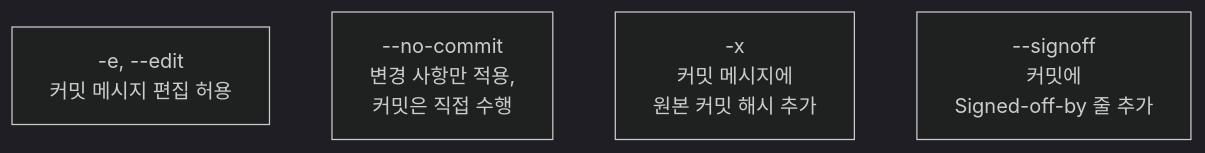
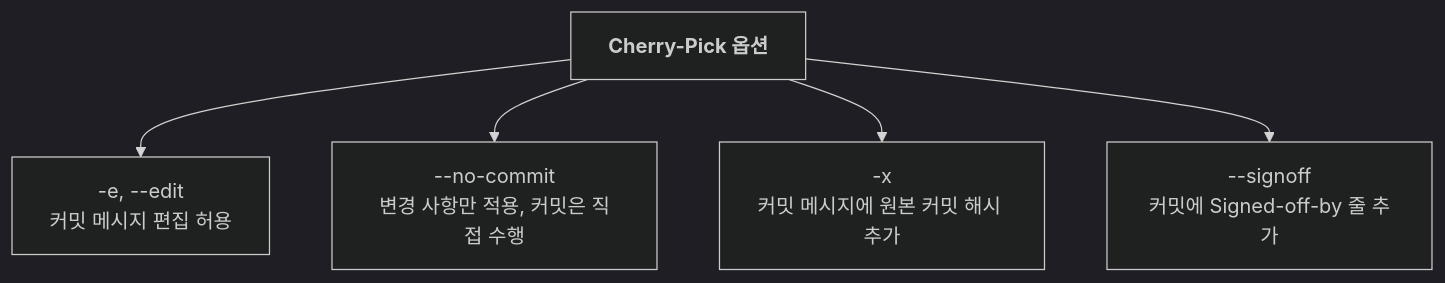
The third of 3 diagrams in 04_Branching_Merging/05_Cherry_Pick.md (jingu279/Document), drawn with Mermaid (dark theme) before and after one commit. The commit also changed other lines of this file and 16 other files, not shown here.

Commit message:
Fix all Mermaid rendering issues (subgraph-to-subgraph, unconnected nodes, reserved names, dashes)

````diff
--- a/04_Branching_Merging/05_Cherry_Pick.md
+++ b/04_Branching_Merging/05_Cherry_Pick.md
@@ -130,7 +131,8 @@
 ```mermaid
 flowchart TB
-  O1["-e, --edit<br/>커밋 메시지 편집 허용"]
-  O2["--no-commit<br/>변경 사항만 적용,<br/>커밋은 직접 수행"]
-  O3["-x<br/>커밋 메시지에<br/>원본 커밋 해시 추가"]
-  O4["--signoff<br/>커밋에<br/>Signed-off-by 줄 추가"]
+  Options["<b>Cherry-Pick 옵션</b>"]
+  Options --> O1["-e, --edit<br/>커밋 메시지 편집 허용"]
+  Options --> O2["--no-commit<br/>변경 사항만 적용, 커밋은 직접 수행"]
+  Options --> O3["-x<br/>커밋 메시지에 원본 커밋 해시 추가"]
+  Options --> O4["--signoff<br/>커밋에 Signed-off-by 줄 추가"]
 ```
````
